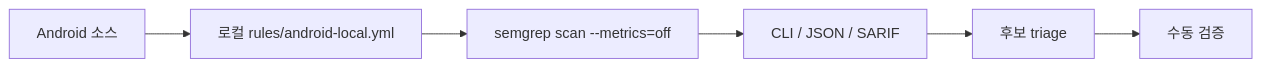
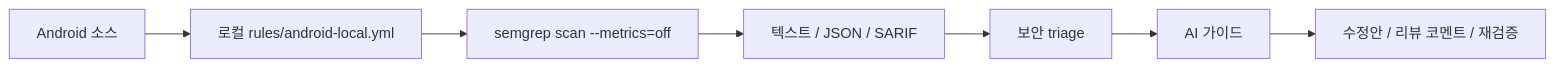
Before and after one commit to koalav/present-anyything: the diagram in decks/semgrep-android-local/slides.md, drawn with Mermaid. The commit also changed other lines of this file and 564 other files, not shown here.

````diff
--- a/decks/semgrep-android-local/slides.md
+++ b/decks/semgrep-android-local/slides.md
@@ -30,8 +42,9 @@
 ```mermaid
 flowchart LR
   A[Android 소스] --> B[로컬 rules/android-local.yml]
   B --> C[semgrep scan --metrics=off]
-  C --> D[CLI / JSON / SARIF]
-  D --> E[후보 triage]
-  E --> F[수동 검증]
+  C --> D[텍스트 / JSON / SARIF]
+  D --> E[보안 triage]
+  E --> F[AI 가이드]
+  F --> G[수정안 / 리뷰 코멘트 / 재검증]
 ```
````
